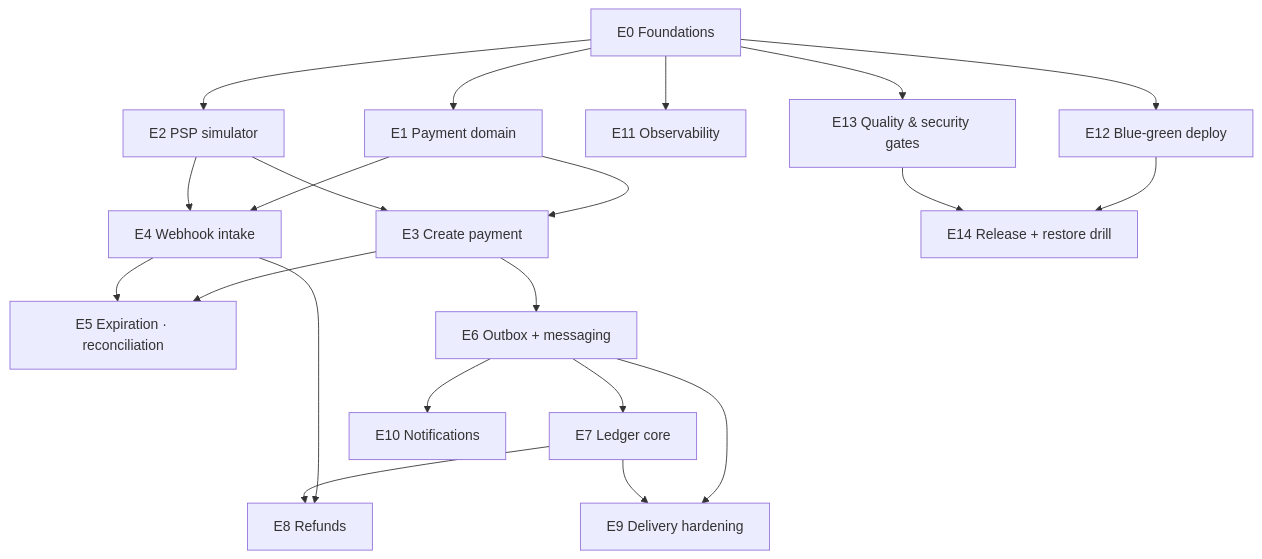
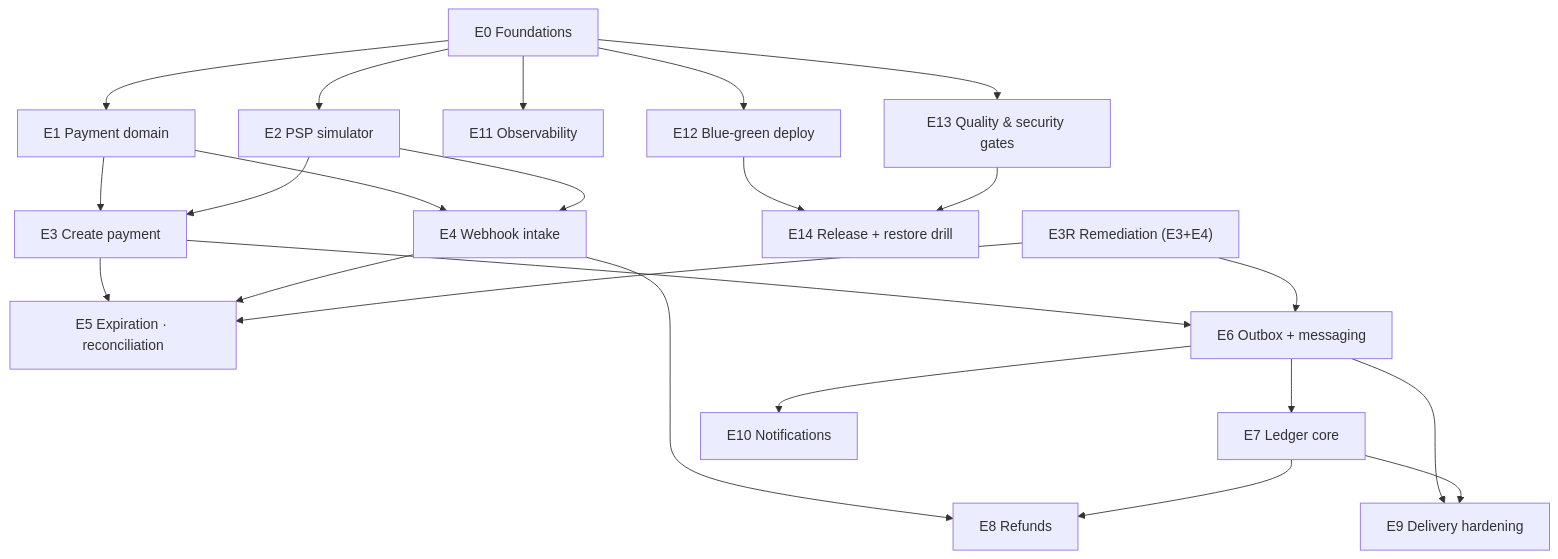
One commit to daniel-castilho/dargent changed the diagram in docs/epics.md. Above: the diagram before and after it, drawn with Mermaid. The commit also changed other lines of this file, not shown here.

````diff
--- a/docs/epics.md
+++ b/docs/epics.md
@@ -46,23 +59,25 @@
 ```mermaid
 graph TD
     E0["E0 Foundations"] --> E1["E1 Payment domain"]
     E0 --> E2["E2 PSP simulator"]
     E1 --> E3["E3 Create payment"]
     E2 --> E3
     E1 --> E4["E4 Webhook intake"]
     E2 --> E4
     E3 --> E5["E5 Expiration · reconciliation"]
     E4 --> E5
     E3 --> E6["E6 Outbox + messaging"]
     E6 --> E7["E7 Ledger core"]
     E4 --> E8["E8 Refunds"]
     E7 --> E8
     E6 --> E9["E9 Delivery hardening"]
     E7 --> E9
     E6 --> E10["E10 Notifications"]
     E0 --> E11["E11 Observability"]
     E0 --> E12["E12 Blue-green deploy"]
     E0 --> E13["E13 Quality & security gates"]
     E12 --> E14["E14 Release + restore drill"]
     E13 --> E14
+    E3R["E3R Remediation (E3+E4)"] --> E5
+    E3R --> E6
 ```
````
